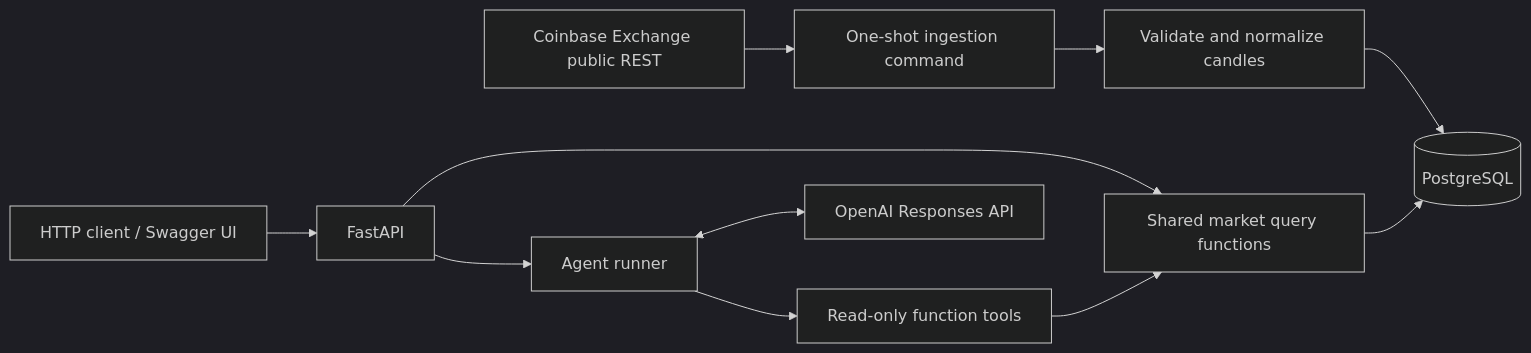
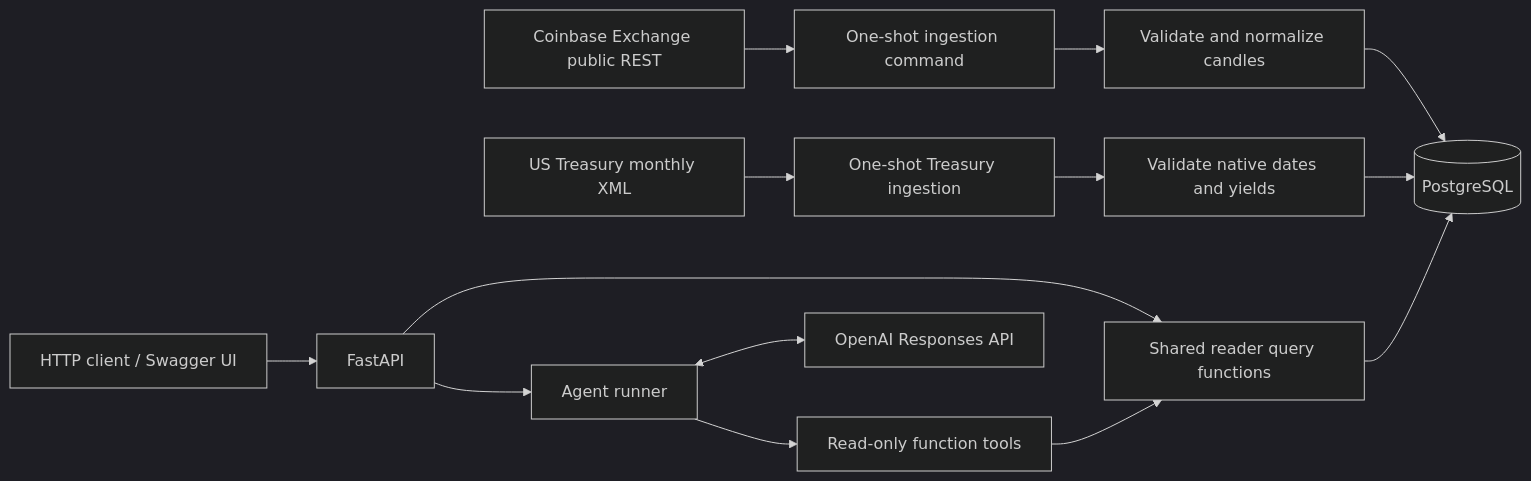
The first of 2 diagrams in ARCHITECTURE.md (edramosreis/ai-market-intelligence), drawn with Mermaid (dark theme) before and after one commit. The commit also changed other lines of this file and 12 other files, not shown here.

Commit message:
Add bounded Treasury tools to the market agent

````diff
--- a/ARCHITECTURE.md
+++ b/ARCHITECTURE.md
@@ -23,13 +23,16 @@
 ```mermaid
 flowchart LR
     C[Coinbase Exchange public REST] --> I[One-shot ingestion command]
     I --> V[Validate and normalize candles]
     V --> DB[(PostgreSQL)]
+    TC[US Treasury monthly XML] --> TI[One-shot Treasury ingestion]
+    TI --> TV[Validate native dates and yields]
+    TV --> DB
     U[HTTP client / Swagger UI] --> API[FastAPI]
-    API --> Q[Shared market query functions]
+    API --> Q[Shared reader query functions]
     Q --> DB
     API --> A[Agent runner]
     A <--> O[OpenAI Responses API]
     A --> T[Read-only function tools]
     T --> Q
 ```
````
